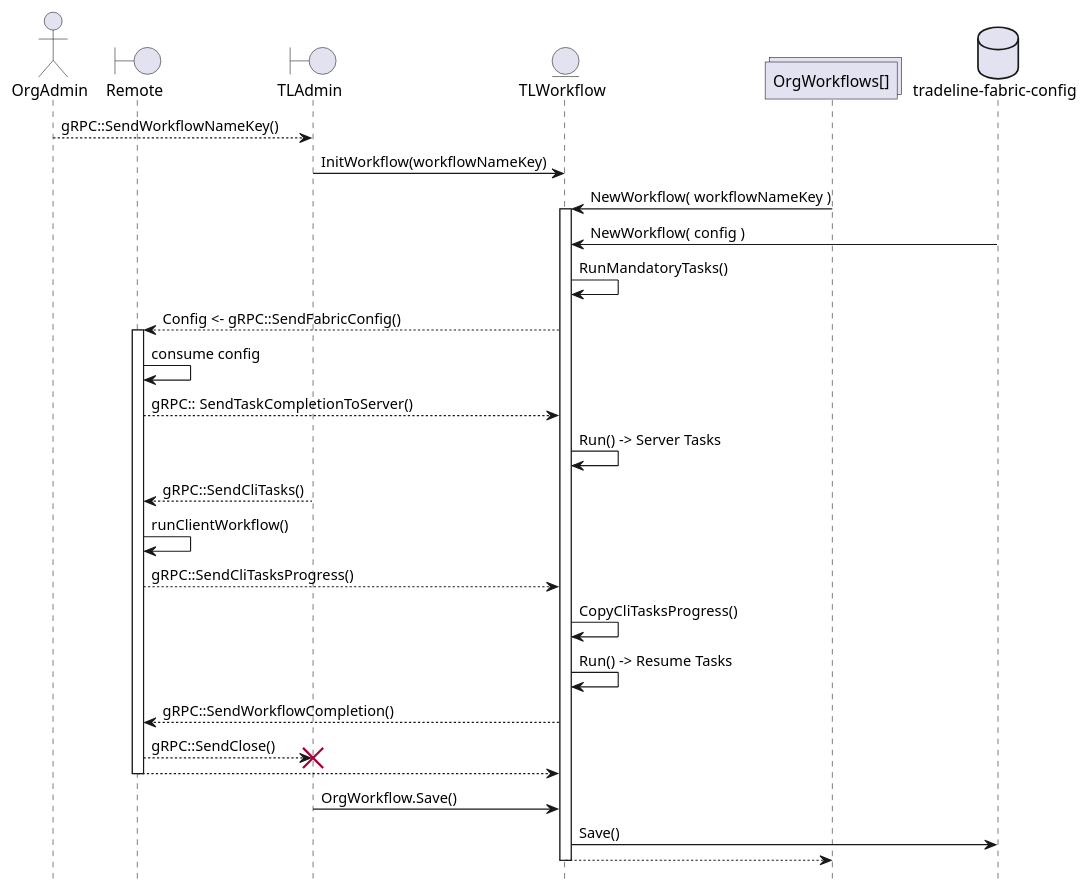
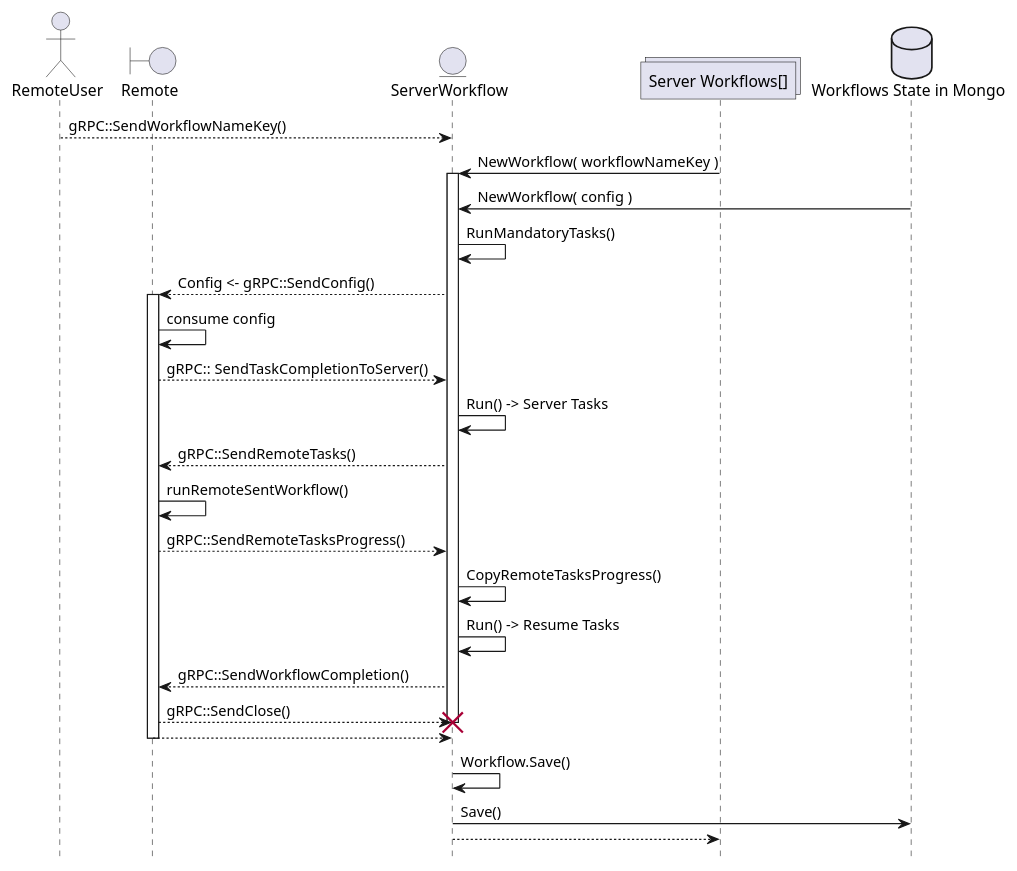
The diagram in docs/workflowapi.puml (blewater/boxed), drawn with PlantUML before and after one commit. The commit also changed 1 other file, not shown here.

Commit message:
Remove tradeline terms

```diff
--- a/docs/workflowapi.puml
+++ b/docs/workflowapi.puml
@@ -1,36 +1,34 @@
 @startuml
 hide footbox
 
-actor OrgAdmin
+actor RemoteUser
 boundary "Remote"
-boundary TLAdmin
-entity TLWorkflow
-collections "OrgWorkflows[]"
-database "tradeline-fabric-config"
+entity ServerWorkflow
+collections "Server Workflows[]"
+database "Workflows State in Mongo"
 
-OrgAdmin  --> TLAdmin : gRPC::SendWorkflowNameKey()
-TLAdmin -> TLWorkflow : InitWorkflow(workflowNameKey)
-TLWorkflow <- "OrgWorkflows[]" : NewWorkflow( workflowNameKey )
-    Activate TLWorkflow
-    TLWorkflow <- "tradeline-fabric-config": NewWorkflow( config )
-    TLWorkflow ->  TLWorkflow : RunMandatoryTasks()
-    TLWorkflow  --> Remote : Config <- gRPC::SendFabricConfig()
+RemoteUser  --> ServerWorkflow : gRPC::SendWorkflowNameKey()
+ServerWorkflow <- "Server Workflows[]" : NewWorkflow( workflowNameKey )
+    Activate ServerWorkflow
+    ServerWorkflow <- "Workflows State in Mongo": NewWorkflow( config )
+    ServerWorkflow ->  ServerWorkflow : RunMandatoryTasks()
+    ServerWorkflow  --> Remote : Config <- gRPC::SendConfig()
 
         Activate Remote
         Remote -> Remote : consume config
-        Remote --> TLWorkflow : gRPC:: SendTaskCompletionToServer()
-        TLWorkflow -> TLWorkflow : Run() -> Server Tasks
-        TLAdmin --> "Remote" : gRPC::SendCliTasks()
-        Remote -> Remote : runClientWorkflow()
-        Remote --> TLWorkflow : gRPC::SendCliTasksProgress()
-        TLWorkflow -> TLWorkflow : CopyCliTasksProgress()
-        TLWorkflow -> TLWorkflow : Run() -> Resume Tasks
-        TLWorkflow --> Remote : gRPC::SendWorkflowCompletion()
-        Remote --> TLAdmin !! : gRPC::SendClose()
+        Remote --> ServerWorkflow : gRPC:: SendTaskCompletionToServer()
+        ServerWorkflow -> ServerWorkflow : Run() -> Server Tasks
+        ServerWorkflow --> "Remote" : gRPC::SendRemoteTasks()
+        Remote -> Remote : runRemoteSentWorkflow()
+        Remote --> ServerWorkflow : gRPC::SendRemoteTasksProgress()
+        ServerWorkflow -> ServerWorkflow : CopyRemoteTasksProgress()
+        ServerWorkflow -> ServerWorkflow : Run() -> Resume Tasks
+        ServerWorkflow --> Remote : gRPC::SendWorkflowCompletion()
+        Remote --> ServerWorkflow !! : gRPC::SendClose()
         return
 
-    TLAdmin -> TLWorkflow : OrgWorkflow.Save()
-    TLWorkflow -> "tradeline-fabric-config" : Save()
+    ServerWorkflow -> ServerWorkflow : Workflow.Save()
+    ServerWorkflow -> "Workflows State in Mongo" : Save()
 
     return
 @enduml
```
